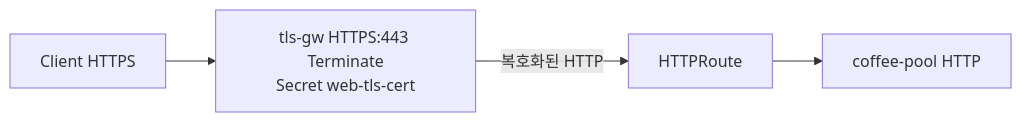
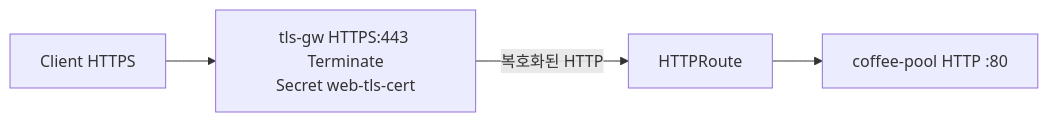
Before and after one commit to mink0119/2609_f5bnk: the diagram in Advanced_Feature/3.5_TLSRoute_Terminate/README.md, drawn with Mermaid. The commit also changed other lines of this file and 80 other files, not shown here.

````diff
--- a/Advanced_Feature/3.5_TLSRoute_Terminate/README.md
+++ b/Advanced_Feature/3.5_TLSRoute_Terminate/README.md
@@ -5,6 +10,6 @@
 ```mermaid
 flowchart LR
   C[Client HTTPS] --> GW["tls-gw HTTPS:443 Terminate<br/>Secret web-tls-cert"]
   GW -->|복호화된 HTTP| R[HTTPRoute]
-  R --> P1[coffee-pool HTTP]
+  R --> P1[coffee-pool HTTP :80]
 ```
````
